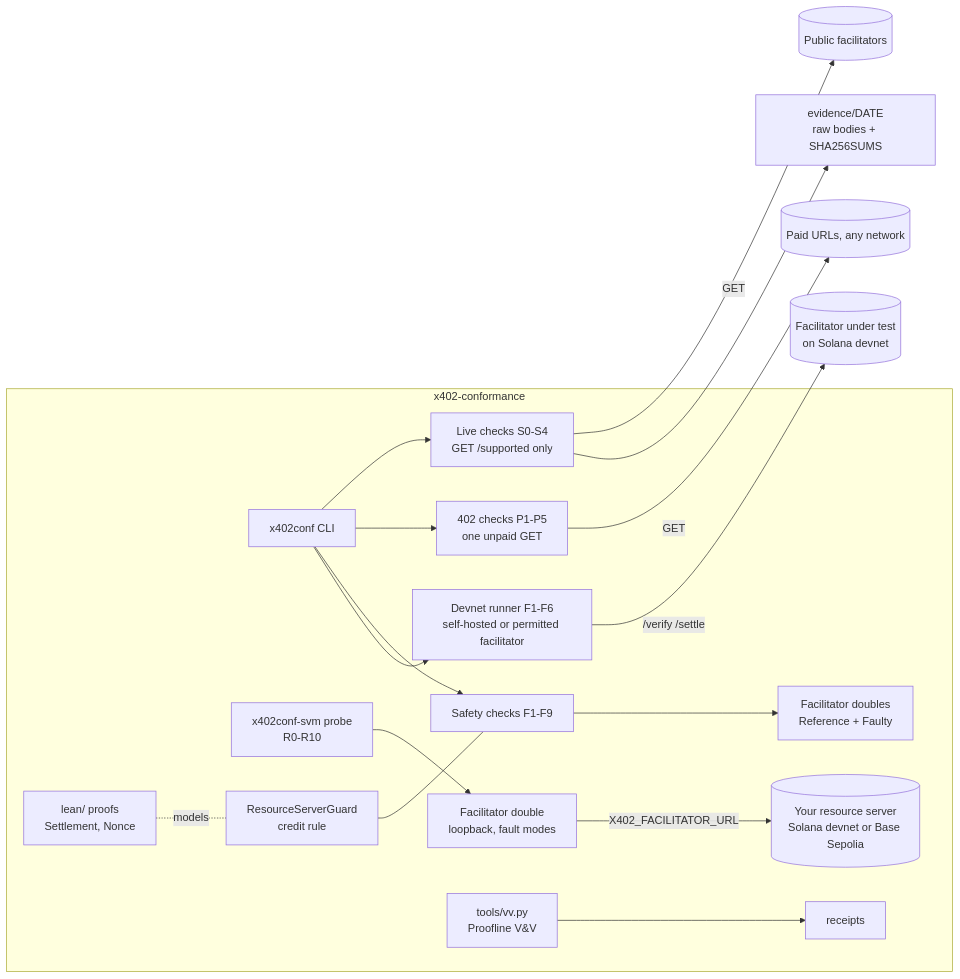
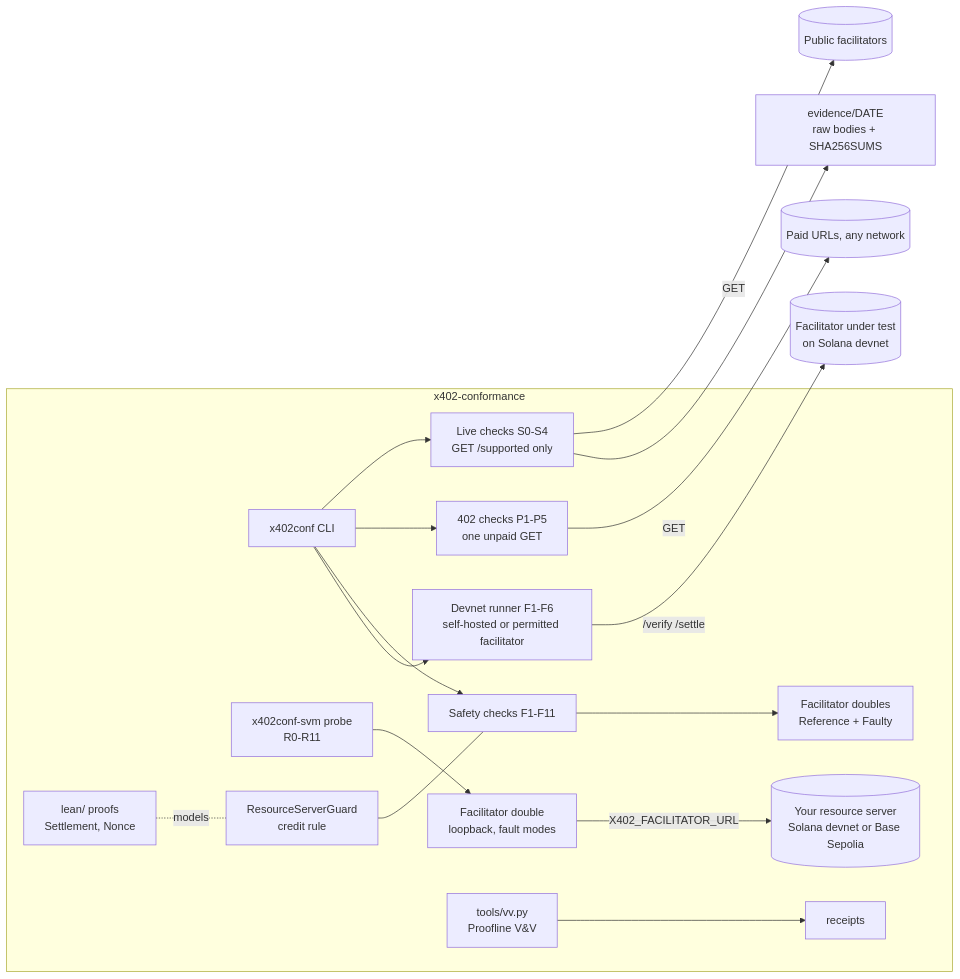
One commit to actions-marketplace-validations/atsp-protocol_x402-conformance changed the diagram in docs/ARCHITECTURE.md. Above: the diagram before and after it, drawn with Mermaid. The commit also changed other lines of this file and 22 other files, not shown here.

````diff
--- a/docs/ARCHITECTURE.md
+++ b/docs/ARCHITECTURE.md
@@ -5,19 +5,19 @@
 ```mermaid
 flowchart LR
   subgraph suite[x402-conformance]
     CLI[x402conf CLI] --> LIVE[Live checks S0-S4<br/>GET /supported only]
     CLI --> RES[402 checks P1-P5<br/>one unpaid GET]
-    PROBE[x402conf-svm probe<br/>R0-R10] --> DBL[Facilitator double<br/>loopback, fault modes]
+    PROBE[x402conf-svm probe<br/>R0-R11] --> DBL[Facilitator double<br/>loopback, fault modes]
     DBL -->|X402_FACILITATOR_URL| RS[(Your resource server<br/>Solana devnet or Base Sepolia)]
-    CLI --> OFF[Safety checks F1-F9]
+    CLI --> OFF[Safety checks F1-F11]
     OFF --> DOUBLES[Facilitator doubles<br/>Reference + Faulty]
     CLI --> DEVNET[Devnet runner F1-F6<br/>self-hosted or permitted facilitator]
     GUARD[ResourceServerGuard<br/>credit rule] --- OFF
     LEAN[lean/ proofs<br/>Settlement, Nonce] -. models .- GUARD
     VV[tools/vv.py<br/>Proofline V&V] --> RCPT[receipts]
   end
   LIVE -->|GET| PUB[(Public facilitators)]
   RES -->|GET| PAID[(Paid URLs, any network)]
   DEVNET -->|/verify /settle| OWN[(Facilitator under test<br/>on Solana devnet)]
   LIVE --> EVID[evidence/DATE<br/>raw bodies + SHA256SUMS]
 ```
````
